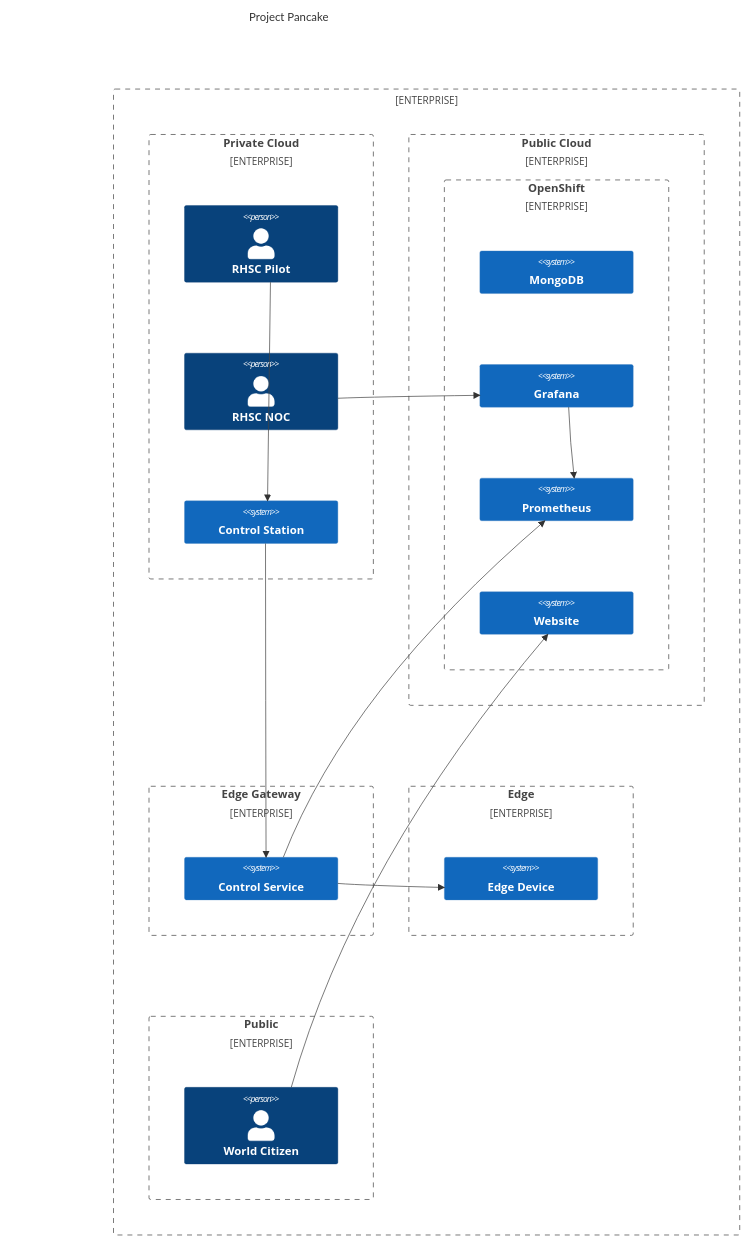
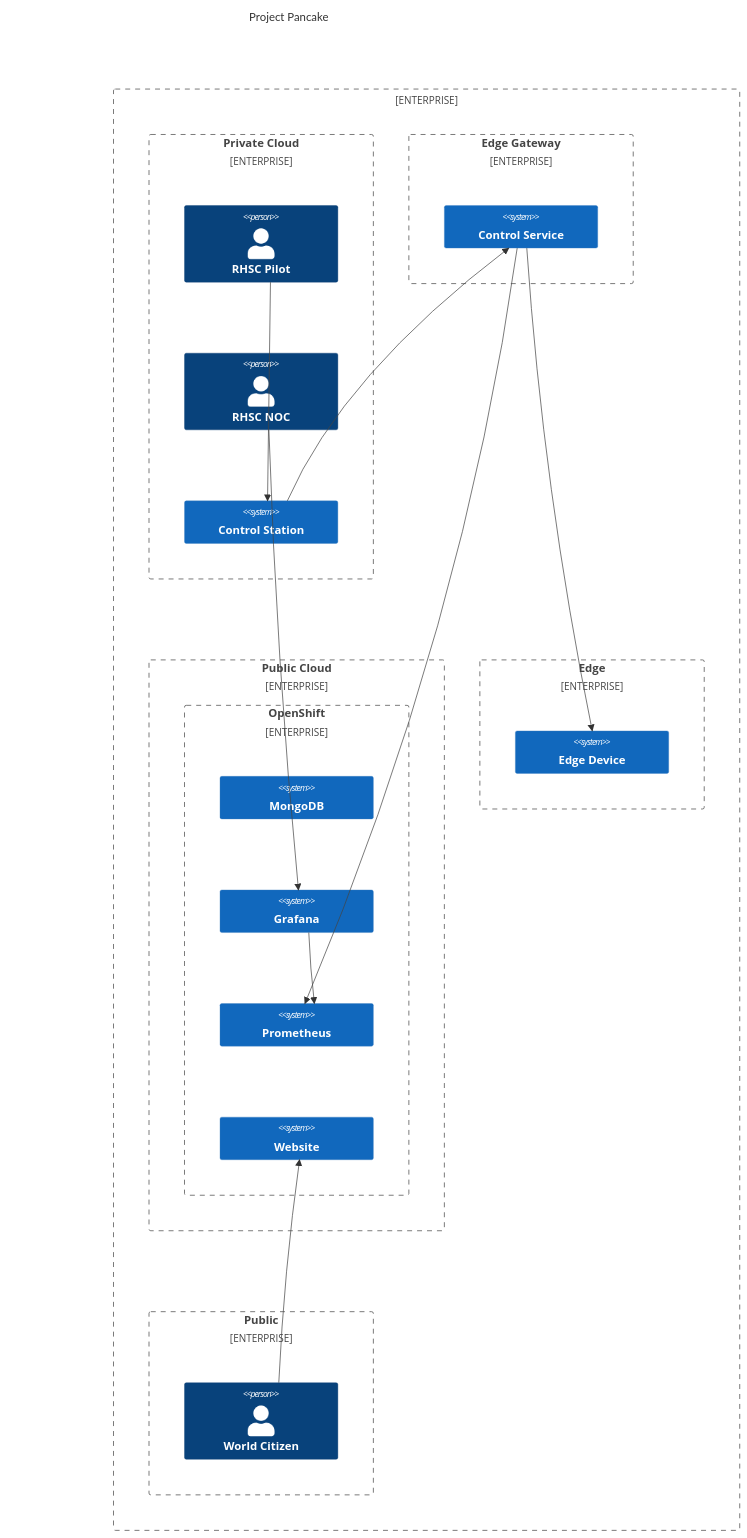
The diagram in docs/index.md (beezy-cloud/project-pancake), drawn with Mermaid before and after one commit.

````diff
--- a/docs/index.md
+++ b/docs/index.md
@@ -7,45 +7,47 @@
 ```mermaid 
     C4Context
       title Project Pancake
       Enterprise_Boundary(b0, "") {
 
         Enterprise_Boundary(b3, "Private Cloud"){
           Person(Pilot, "RHSC Pilot")
           Person(Supervisor, "RHSC NOC")
           System(ControlStation, "Control Station")
+        }
+        
+        Enterprise_Boundary(b4, "Edge Gateway"){
+          System(EdgeGateway, "Control Service")
         }
 
         Enterprise_Boundary(b2, "Public Cloud") {
           Enterprise_Boundary(c1, "OpenShift"){
             System(MongoDB, "MongoDB")
             System(Grafana, "Grafana")
             System(Prometheus, "Prometheus")
             System(Website, "Website")
           }
         }
 
-        Enterprise_Boundary(b4, "Edge Gateway"){
-          System(EdgeGateway, "Control Service")
-        }
+
         Enterprise_Boundary(b5, "Edge"){
           System(EdgeDevice, "Edge Device")
         }
 
         Enterprise_Boundary(b7, "Public"){ 
           Person(Public, "World Citizen")
         }
       }
 
       Rel(Pilot, ControlStation, "")
 
       Rel(ControlStation, EdgeGateway, "")
       
       Rel(EdgeGateway, Prometheus, "")
       Rel(Grafana, Prometheus, "")
       Rel(EdgeGateway, EdgeDevice, "")
 
       Rel(Public, Website, "")
       Rel(Supervisor, Grafana, "")
 
       UpdateLayoutConfig($c4ShapeInRow="4", $c4BoundaryInRow="2")
 ```
````
